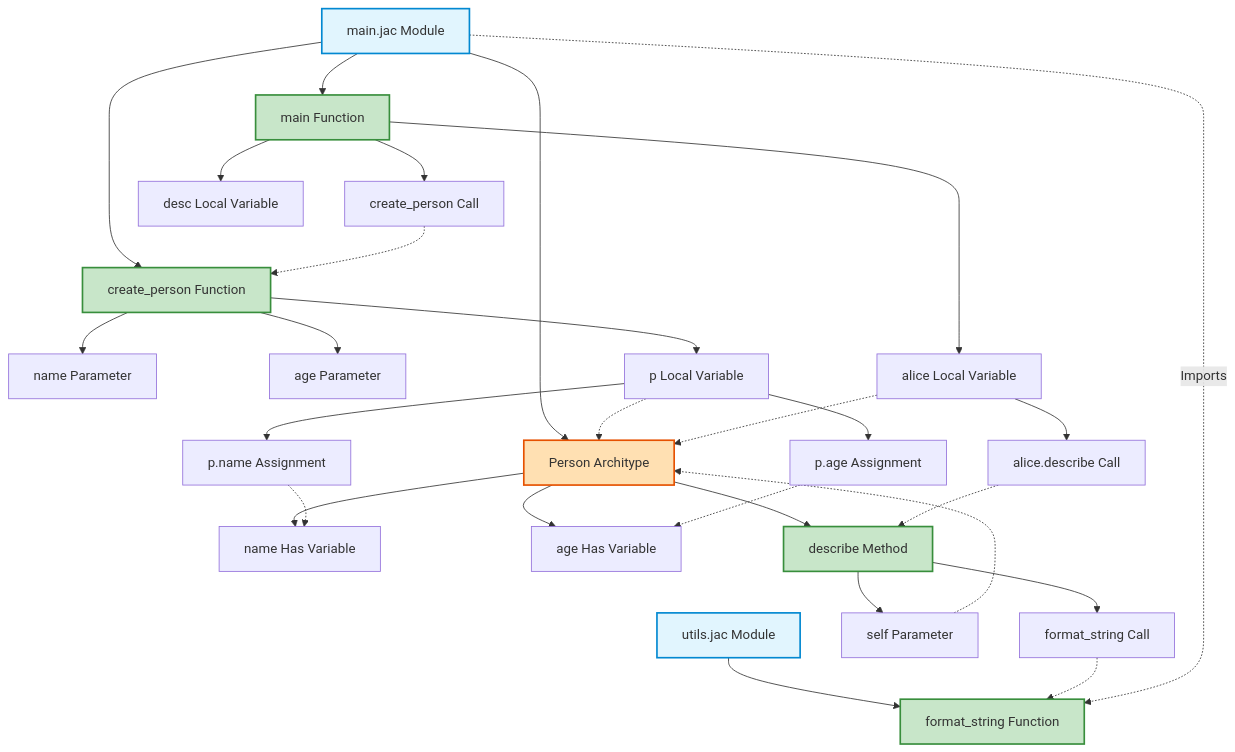
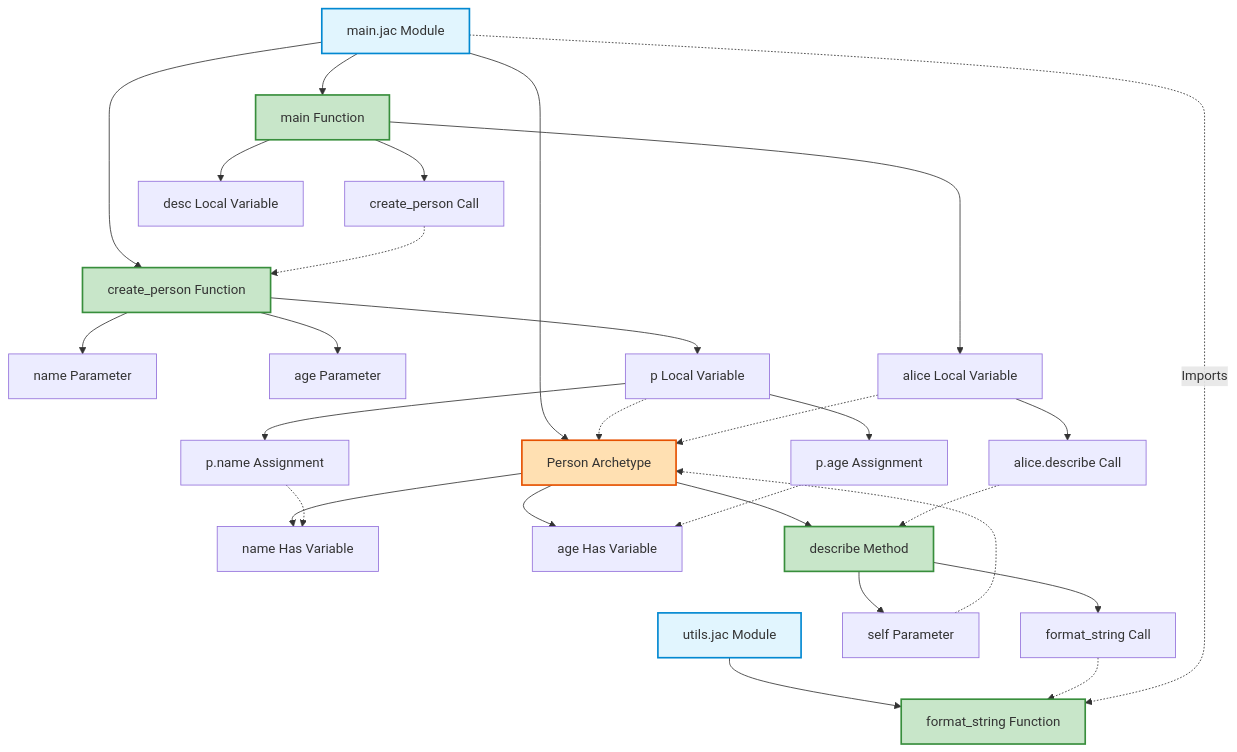
Before and after one commit to Jaseci-Labs/jaseci: the second of 2 diagrams in docs/docs/internals/symbol_tables/resolution.md, drawn with Mermaid. The commit also changed other lines of this file and 85 other files, not shown here.

````diff
--- a/docs/docs/internals/symbol_tables/resolution.md
+++ b/docs/docs/internals/symbol_tables/resolution.md
@@ -361,47 +361,47 @@
 ```mermaid
 flowchart TD
     Main[main.jac Module]
     Utils[utils.jac Module]
 
-    Main --> Person[Person Architype]
+    Main --> Person[Person Archetype]
     Main --> CreatePerson[create_person Function]
     Main --> MainFunc[main Function]
 
     Utils --> FormatString[format_string Function]
 
     Person --> Name[name Has Variable]
     Person --> Age[age Has Variable]
     Person --> Describe[describe Method]
 
     Describe --> Self[self Parameter]
     Self -.-> Person
     Describe --> FSRef[format_string Call]
     FSRef -.-> FormatString
 
     CreatePerson --> NameParam[name Parameter]
     CreatePerson --> AgeParam[age Parameter]
     CreatePerson --> P[p Local Variable]
     P -.-> Person
     P --> PName[p.name Assignment]
     PName -.-> Name
     P --> PAge[p.age Assignment]
     PAge -.-> Age
 
     MainFunc --> Alice[alice Local Variable]
     Alice -.-> Person
     MainFunc --> CPRef[create_person Call]
     CPRef -.-> CreatePerson
     MainFunc --> Desc[desc Local Variable]
     Alice --> AliceDescribe[alice.describe Call]
     AliceDescribe -.-> Describe
 
     Main -.->|Imports| FormatString
 
     style Main fill:#e1f5fe,stroke:#0288d1,stroke-width:2px
     style Utils fill:#e1f5fe,stroke:#0288d1,stroke-width:2px
     style Person fill:#ffe0b2,stroke:#e65100,stroke-width:2px
     style CreatePerson fill:#c8e6c9,stroke:#388e3c,stroke-width:2px
     style MainFunc fill:#c8e6c9,stroke:#388e3c,stroke-width:2px
     style FormatString fill:#c8e6c9,stroke:#388e3c,stroke-width:2px
     style Describe fill:#c8e6c9,stroke:#388e3c,stroke-width:2px
 ```
````
